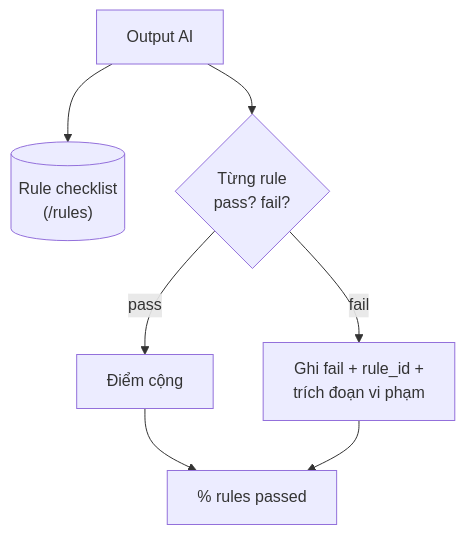
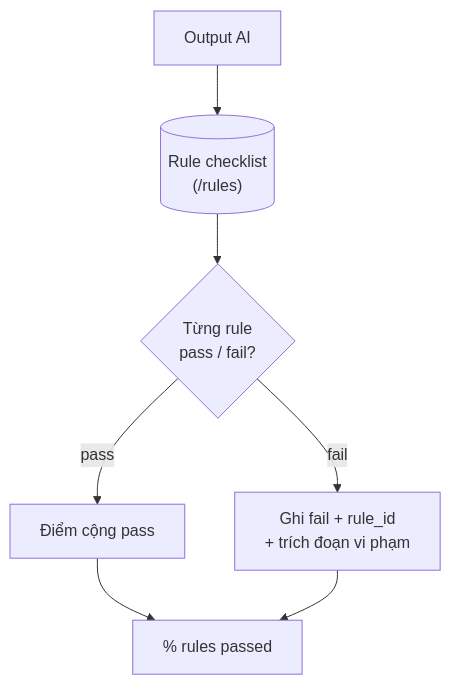
One commit to heino-labs/gen-ai-labs changed the second of 6 diagrams in docs/curriculum/MODULE-05-ai-validation.md. Above: the diagram before and after it, drawn with Mermaid. The commit also changed other lines of this file and 10 other files, not shown here.

Commit message:
Refactor MODULE-09-capstone.md and README.md for clarity and structure; enhance narrative flow and emphasize evidence-based learning in AI testing curriculum.

````diff
--- a/docs/curriculum/MODULE-05-ai-validation.md
+++ b/docs/curriculum/MODULE-05-ai-validation.md
@@ -144,9 +75,9 @@
 ```mermaid
 flowchart TD
     OUT["Output AI"] --> R[("Rule checklist<br/>(/rules)")]
-    OUT --> E{"Từng rule<br/>pass? fail?"}
-    E -- pass --> P["Điểm cộng"]
-    E -- fail --> F["Ghi fail + rule_id +<br/>trích đoạn vi phạm"]
+    R --> E{"Từng rule<br/>pass / fail?"}
+    E -- pass --> P["Điểm cộng pass"]
+    E -- fail --> F["Ghi fail + rule_id<br/>+ trích đoạn vi phạm"]
     P --> SUM["% rules passed"]
     F --> SUM
 ```
````
